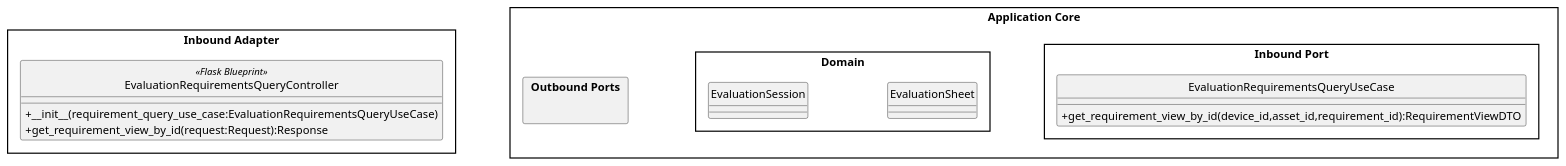
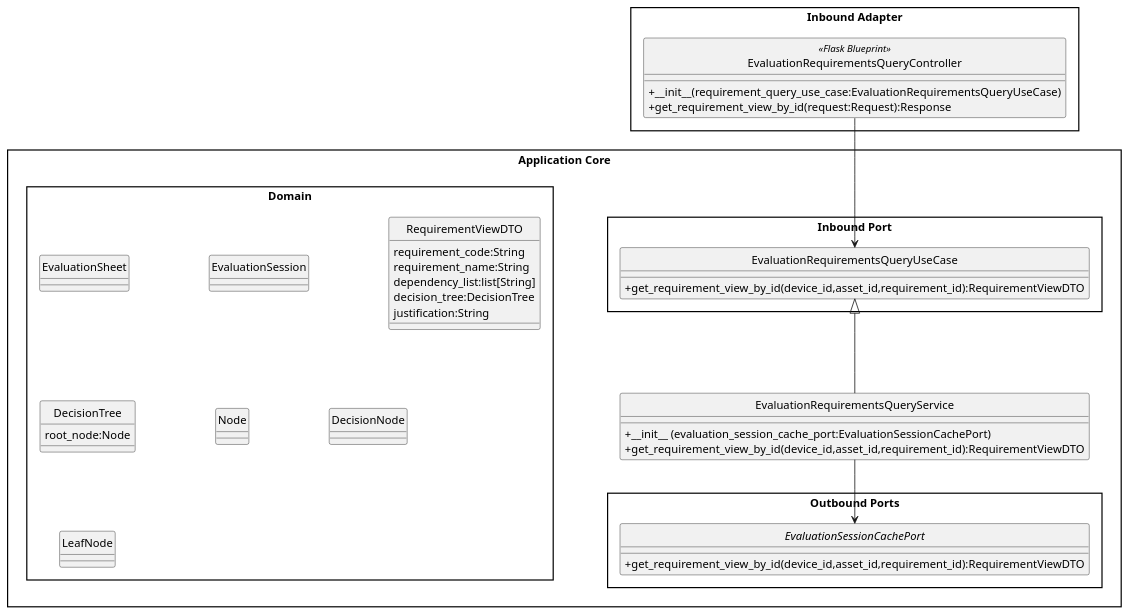
The diagram in src/PB/DocumentazioneEsterna/Specifica_Tecnica/content/uml/puml/Diagrammi_classi/EvaluationRequirementsQueryController.puml (GroupRubberDuck/Documentazione), drawn with PlantUML before and after one commit. The commit also changed 2 other files, not shown here.

Commit message:
aggiunti service valutazione nodo query requisiti per valutazione e inserimento justification

```diff
--- a/src/PB/DocumentazioneEsterna/Specifica_Tecnica/content/uml/puml/Diagrammi_classi/EvaluationRequirementsQueryController.puml
+++ b/src/PB/DocumentazioneEsterna/Specifica_Tecnica/content/uml/puml/Diagrammi_classi/EvaluationRequirementsQueryController.puml
@@ -1,47 +1,73 @@
 @startuml
 
 skinparam linetype ortho
 skinparam nodesep 100
 skinparam ranksep 80
 skinparam classAttributeIconSize 0
 skinparam packageStyle rectangle
 skinparam style strictuml
 
 
 package "Inbound Adapter"{
 class EvaluationRequirementsQueryController <<Flask Blueprint>>{
         + __init__(requirement_query_use_case:EvaluationRequirementsQueryUseCase)
         + get_requirement_view_by_id(request:Request):Response
 
 } 
 
 }
 
 
 package "Application Core" {
 
         package "Inbound Port"{
 
                class EvaluationRequirementsQueryUseCase{
                         + get_requirement_view_by_id(device_id,asset_id,requirement_id):RequirementViewDTO
-
                }
                 
         }
 
                 
         package Domain {
                 class EvaluationSheet{}
 
                 class EvaluationSession{}
 
+                class RequirementViewDTO{
+                        requirement_code:String
+                        requirement_name:String
+                        dependency_list:list[String]
+                        decision_tree:DecisionTree
+                        justification:String
+                }
+
+                class DecisionTree{
+                        root_node:Node
+                }
+                class Node{}
+                class DecisionNode{}
+                class LeafNode{}
         }
 
+        package "Outbound Ports"{
+        interface EvaluationSessionCachePort{
+                        + get_requirement_view_by_id(device_id,asset_id,requirement_id):RequirementViewDTO
 
-        package "Outbound Ports"{
         }
+        }
+        class EvaluationRequirementsQueryService{
+                + __init__ (evaluation_session_cache_port:EvaluationSessionCachePort)
+                + get_requirement_view_by_id(device_id,asset_id,requirement_id):RequirementViewDTO
+
+        }
+ EvaluationRequirementsQueryService -up-|> EvaluationRequirementsQueryUseCase  
+EvaluationRequirementsQueryController -->  EvaluationRequirementsQueryUseCase
+
+EvaluationRequirementsQueryService --> EvaluationSessionCachePort
+
+
 }
 
 
-
 @enduml
```
